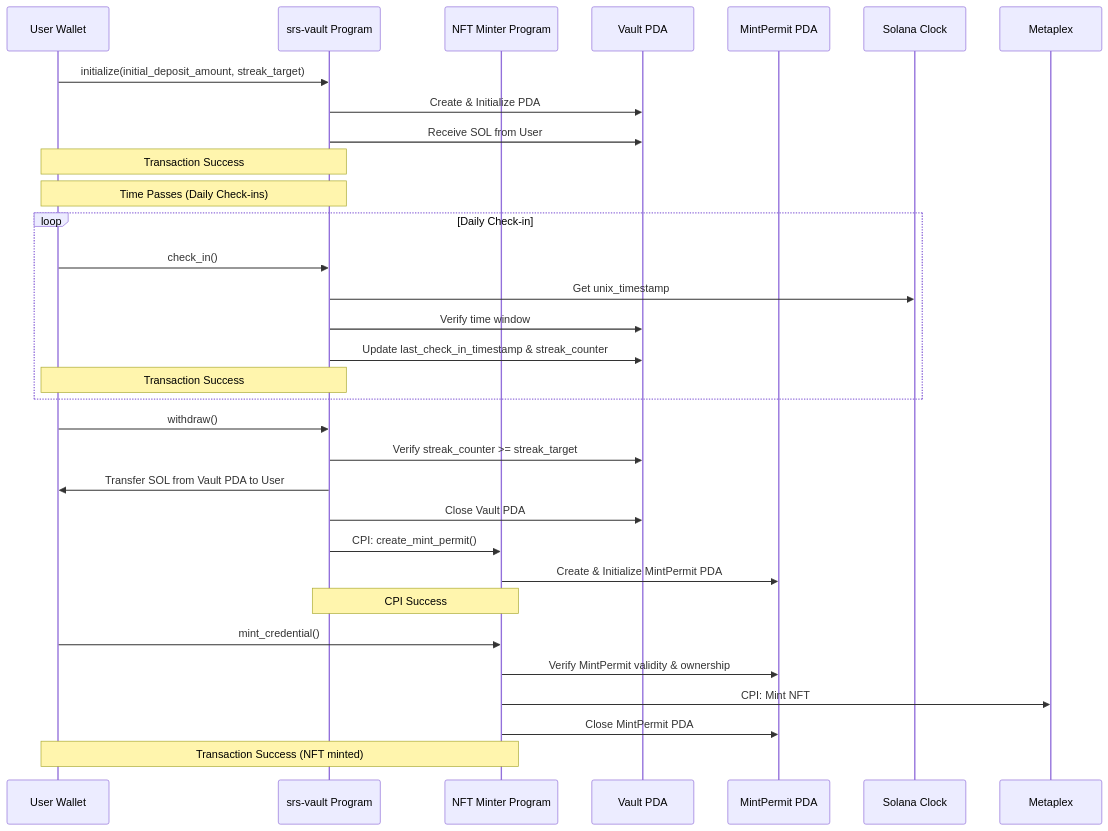
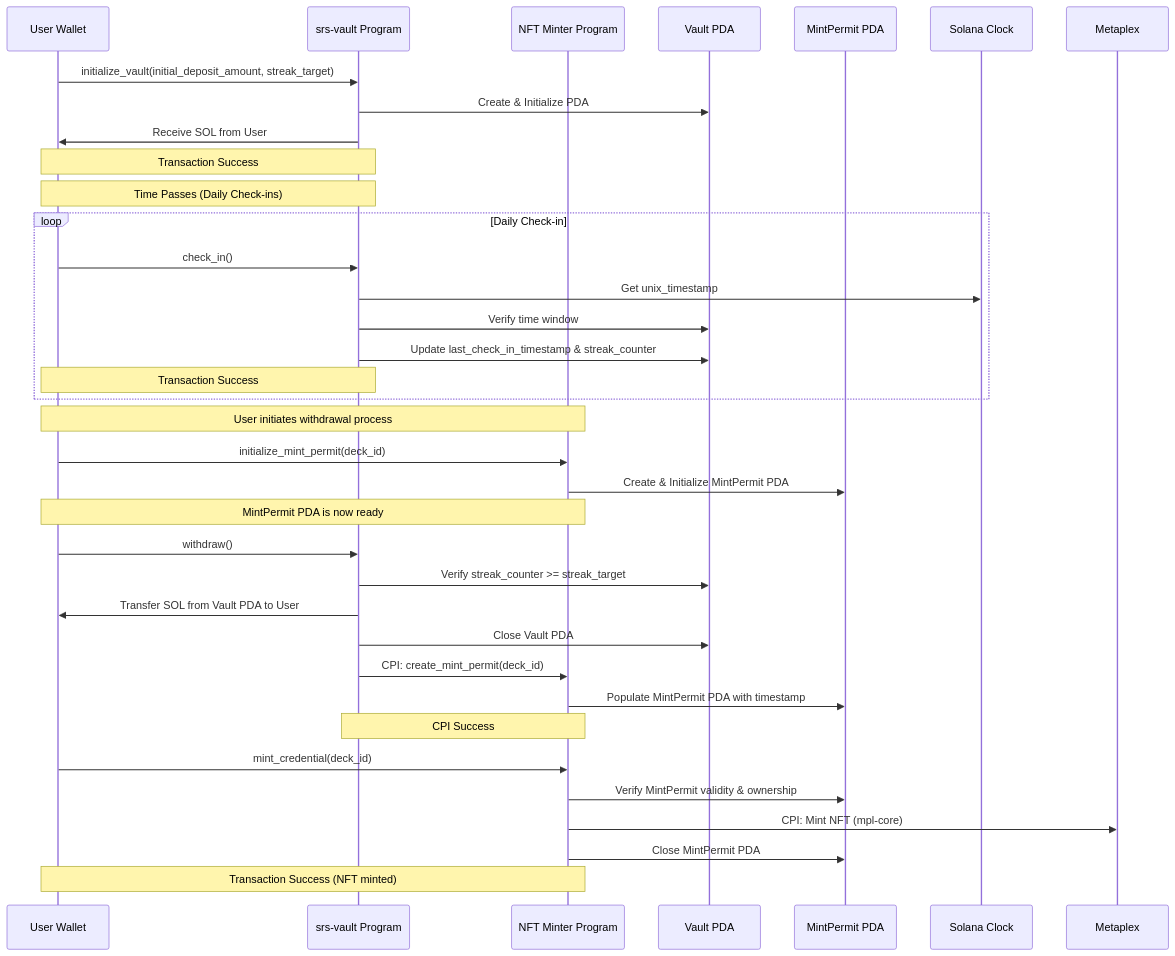
One commit to indralukmana/turbin3_Q3_indralukmana_capstone changed the second of 2 diagrams in docs/architecture.md. Above: the diagram before and after it, drawn with Mermaid. The commit also changed other lines of this file and 2 other files, not shown here.

Commit message:
feat: :sparkles: update architecture and documentation for NFT minting process with mpl-core integration

````diff
--- a/docs/architecture.md
+++ b/docs/architecture.md
@@ -274,38 +287,44 @@
 ```mermaid
 sequenceDiagram
     participant U as User Wallet
     participant V as srs-vault Program
     participant N as NFT Minter Program
     participant SV as Vault PDA
     participant SP as MintPermit PDA
     participant S as Solana Clock
 
-    U->>V: initialize(initial_deposit_amount, streak_target)
+    U->>V: initialize_vault(initial_deposit_amount, streak_target)
     V->>SV: Create & Initialize PDA
-    V->>SV: Receive SOL from User
+    V->>U: Receive SOL from User
     Note over U,V: Transaction Success
 
     Note over U,V: Time Passes (Daily Check-ins)
 
     loop Daily Check-in
         U->>V: check_in()
         V->>S: Get unix_timestamp
         V->>SV: Verify time window
         V->>SV: Update last_check_in_timestamp & streak_counter
         Note over U,V: Transaction Success
     end
 
+    Note over U,N: User initiates withdrawal process
+
+    U->>N: initialize_mint_permit(deck_id)
+    N->>SP: Create & Initialize MintPermit PDA
+    Note over U,N: MintPermit PDA is now ready
+
     U->>V: withdraw()
     V->>SV: Verify streak_counter >= streak_target
     V->>U: Transfer SOL from Vault PDA to User
     V->>SV: Close Vault PDA
-    V->>N: CPI: create_mint_permit()
-    N->>SP: Create & Initialize MintPermit PDA
+    V->>N: CPI: create_mint_permit(deck_id)
+    N->>SP: Populate MintPermit PDA with timestamp
     Note over V,N: CPI Success
 
-    U->>N: mint_credential()
+    U->>N: mint_credential(deck_id)
     N->>SP: Verify MintPermit validity & ownership
-    N->>Metaplex: CPI: Mint NFT
+    N->>Metaplex: CPI: Mint NFT (mpl-core)
     N->>SP: Close MintPermit PDA
     Note over U,N: Transaction Success (NFT minted)
 ```
````
